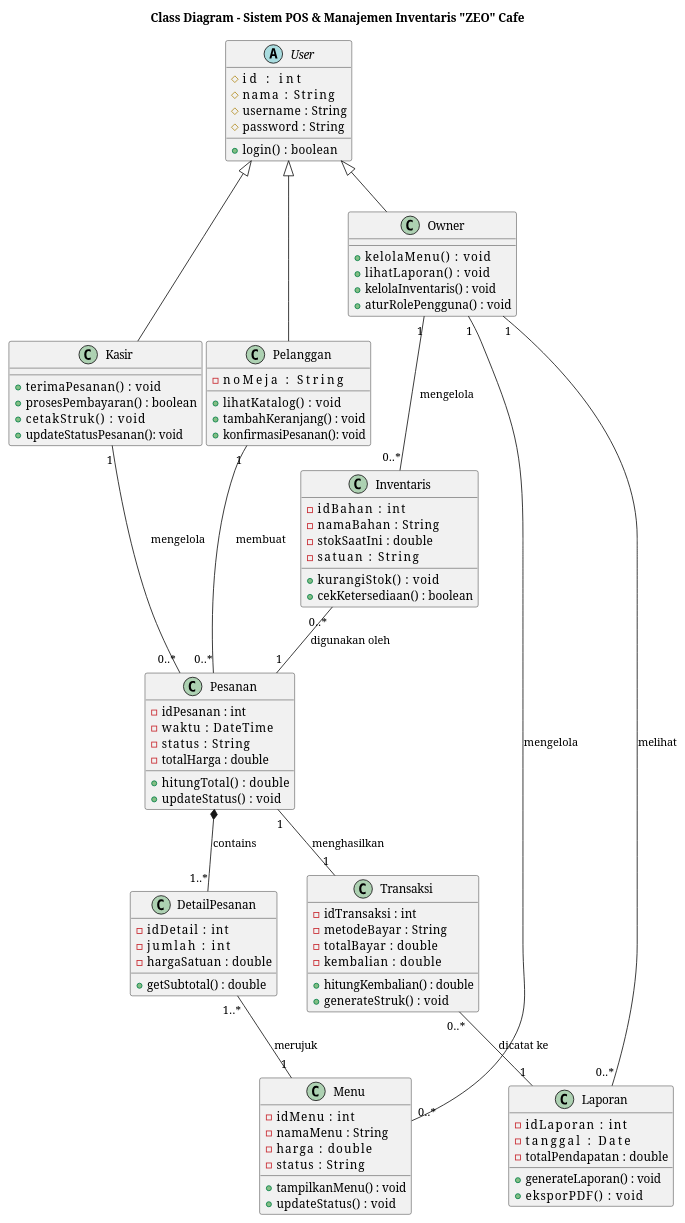
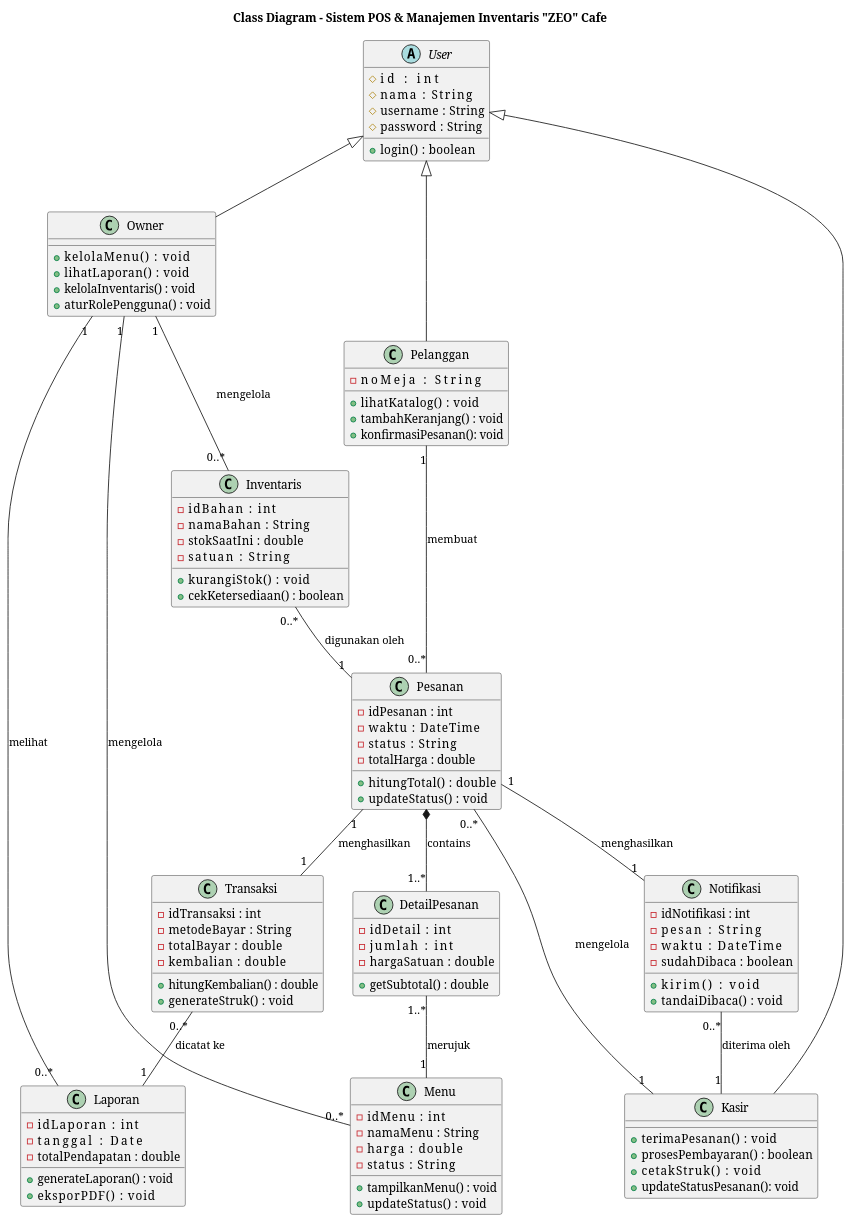
The diagram in class_diagram.puml (firgiawann/ADSI), drawn with PlantUML before and after one commit. The commit also changed 5 other files, not shown here.

```diff
--- a/class_diagram.puml
+++ b/class_diagram.puml
@@ -1,106 +1,117 @@
 @startuml class_diagram
 title Class Diagram - Sistem POS & Manajemen Inventaris "ZEO" Cafe
 
 ' ── Abstract base ────────────────────────────────────────────────
 abstract class User {
     # id         : int
     # nama       : String
     # username   : String
     # password   : String
     + login()   : boolean
 }
 
 ' ── Concrete users ───────────────────────────────────────────────
 class Owner {
     + kelolaMenu()        : void
     + lihatLaporan()      : void
     + kelolaInventaris()  : void
     + aturRolePengguna()  : void
 }
 
 class Kasir {
     + terimaPesanan()     : void
     + prosesPembayaran()  : boolean
     + cetakStruk()        : void
     + updateStatusPesanan(): void
 }
 
 class Pelanggan {
     - noMeja             : String
     + lihatKatalog()     : void
     + tambahKeranjang()  : void
     + konfirmasiPesanan(): void
 }
 
 User <|-- Owner
 User <|-- Kasir
 User <|-- Pelanggan
 
 ' ── Domain classes ───────────────────────────────────────────────
 class Menu {
     - idMenu     : int
     - namaMenu   : String
     - harga      : double
     - status     : String
     + tampilkanMenu()  : void
     + updateStatus()   : void
 }
 
 class Pesanan {
     - idPesanan  : int
     - waktu      : DateTime
     - status     : String
     - totalHarga : double
     + hitungTotal()    : double
     + updateStatus()   : void
 }
 
 class DetailPesanan {
     - idDetail      : int
     - jumlah        : int
     - hargaSatuan   : double
     + getSubtotal() : double
 }
 
 class Inventaris {
     - idBahan       : int
     - namaBahan     : String
     - stokSaatIni   : double
     - satuan        : String
     + kurangiStok()      : void
     + cekKetersediaan()  : boolean
 }
 
 class Transaksi {
     - idTransaksi   : int
     - metodeBayar   : String
     - totalBayar    : double
     - kembalian     : double
     + hitungKembalian() : double
     + generateStruk()   : void
 }
 
 class Laporan {
     - idLaporan        : int
     - tanggal          : Date
     - totalPendapatan  : double
     + generateLaporan() : void
     + eksporPDF()       : void
 }
 
+class Notifikasi {
+    - idNotifikasi  : int
+    - pesan         : String
+    - waktu         : DateTime
+    - sudahDibaca   : boolean
+    + kirim()           : void
+    + tandaiDibaca()    : void
+}
+
 ' ── Relationships ────────────────────────────────────────────────
 ' Composition: Pesanan ◆── DetailPesanan
 Pesanan *-- "1..*" DetailPesanan : contains
 
 ' Associations
 Kasir        "1" -- "0..*" Pesanan    : mengelola
 Pelanggan    "1" -- "0..*" Pesanan    : membuat
 DetailPesanan "1..*" -- "1" Menu      : merujuk
 Pesanan      "1" -- "1"   Transaksi   : menghasilkan
 Transaksi    "0..*" -- "1" Laporan    : dicatat ke
 Inventaris   "0..*" -- "1" Pesanan    : digunakan oleh
 Owner        "1"  -- "0..*" Menu       : mengelola
 Owner        "1"  -- "0..*" Inventaris : mengelola
 Owner        "1"  -- "0..*" Laporan    : melihat
+Pesanan      "1"  -- "1"    Notifikasi : menghasilkan
+Notifikasi   "0..*" -- "1"  Kasir      : diterima oleh
 
 @enduml
```
